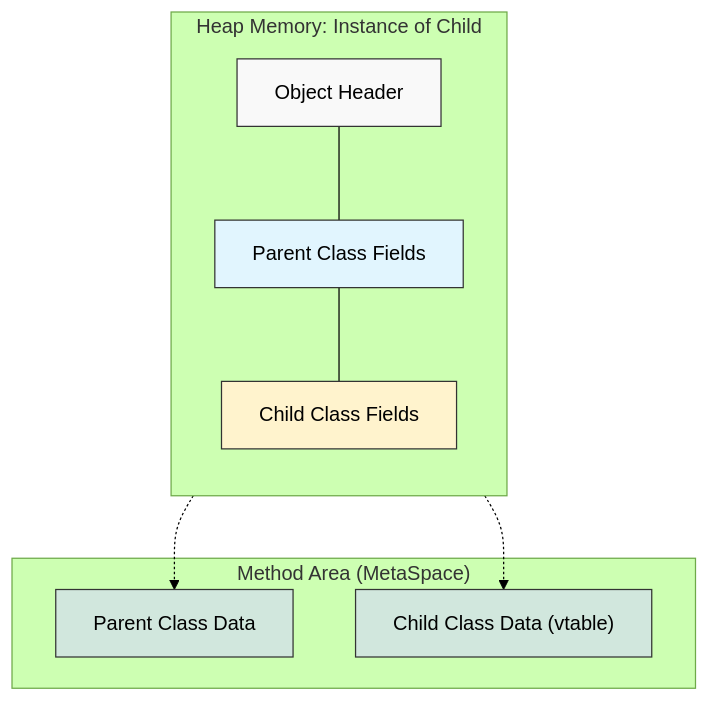
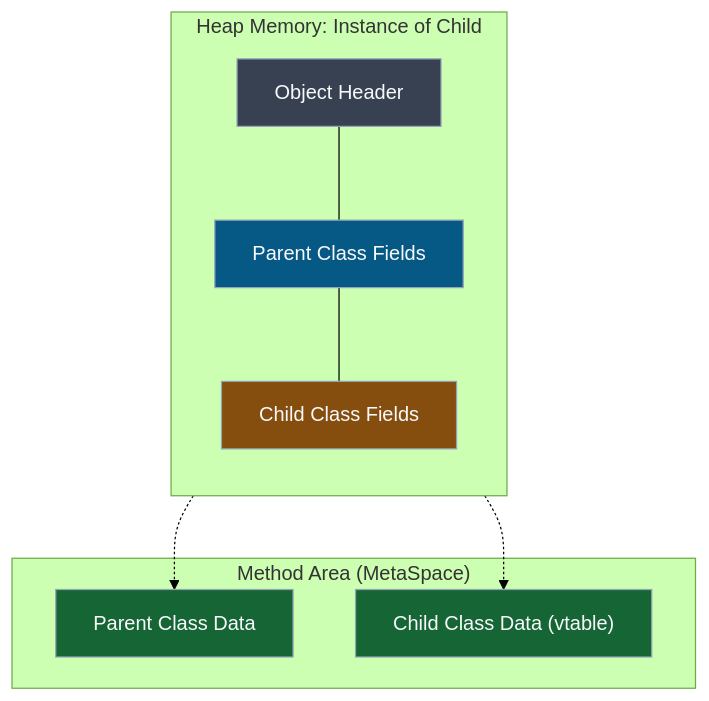
The diagram in _posts/java/06-Polymorphism-다형성/2026-01-04-다형성-개요.md (Kang-Hyesung/kang-hyesung.github.io), drawn with Mermaid (forest theme) before and after one commit. The commit also changed 74 other files, not shown here.

Commit message:
docs: update post visibility and mermaid colors

````diff
--- a/_posts/java/06-Polymorphism-다형성/2026-01-04-다형성-개요.md
+++ b/_posts/java/06-Polymorphism-다형성/2026-01-04-다형성-개요.md
@@ -32,27 +32,27 @@
 ```mermaid
 graph TD
     subgraph "Heap Memory: Instance of Child"
         direction TB
         A["Object Header"]
         B["Parent Class Fields"]
         C["Child Class Fields"]
         
         A --- B
         B --- C
     end
     
     subgraph "Method Area (MetaSpace)"
         D["Parent Class Data"]
         E["Child Class Data (vtable)"]
     end
 
     B -.-> D
     C -.-> E
 
-    style A fill:#f9f9f9,stroke:#333
-    style B fill:#e1f5fe,stroke:#333
-    style C fill:#fff3cd,stroke:#333
-    style D fill:#d1e7dd,stroke:#333
-    style E fill:#d1e7dd,stroke:#333
+    style A fill:#374151,stroke:#94a3b8,color:#f8fafc
+    style B fill:#075985,stroke:#94a3b8,color:#f8fafc
+    style C fill:#854d0e,stroke:#94a3b8,color:#f8fafc
+    style D fill:#166534,stroke:#94a3b8,color:#f8fafc
+    style E fill:#166534,stroke:#94a3b8,color:#f8fafc
 
 ```
````
